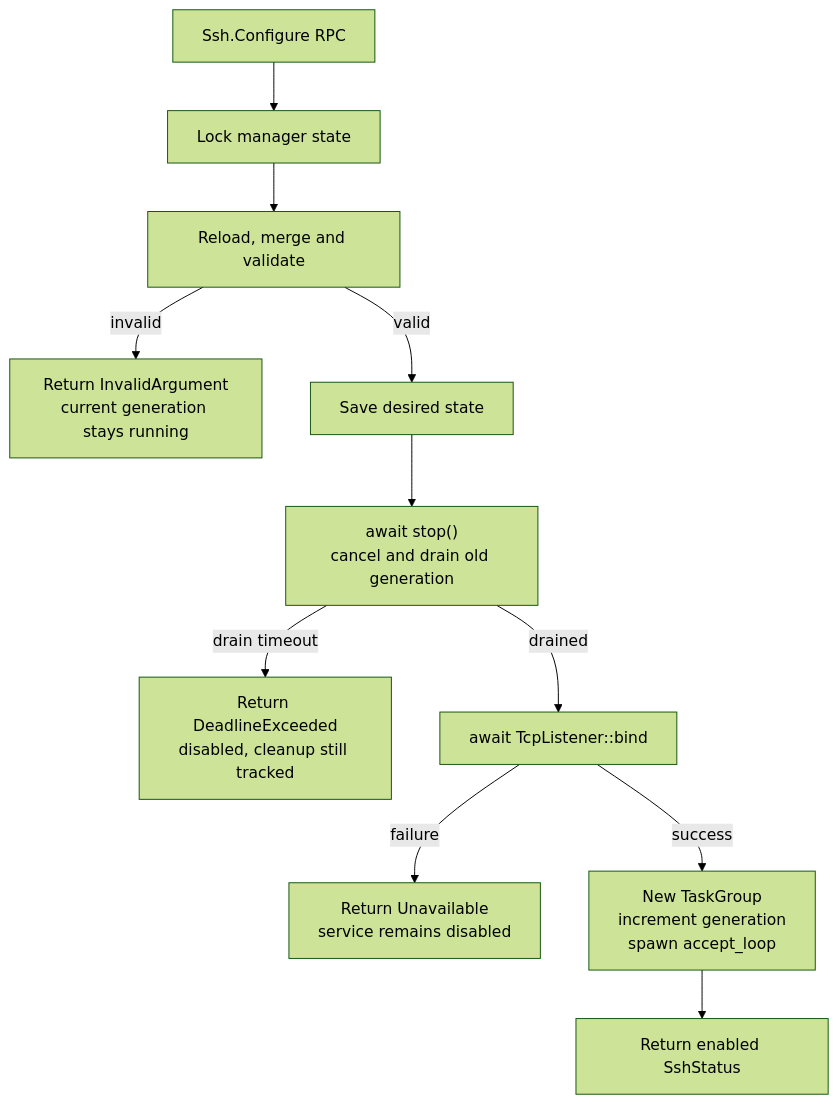
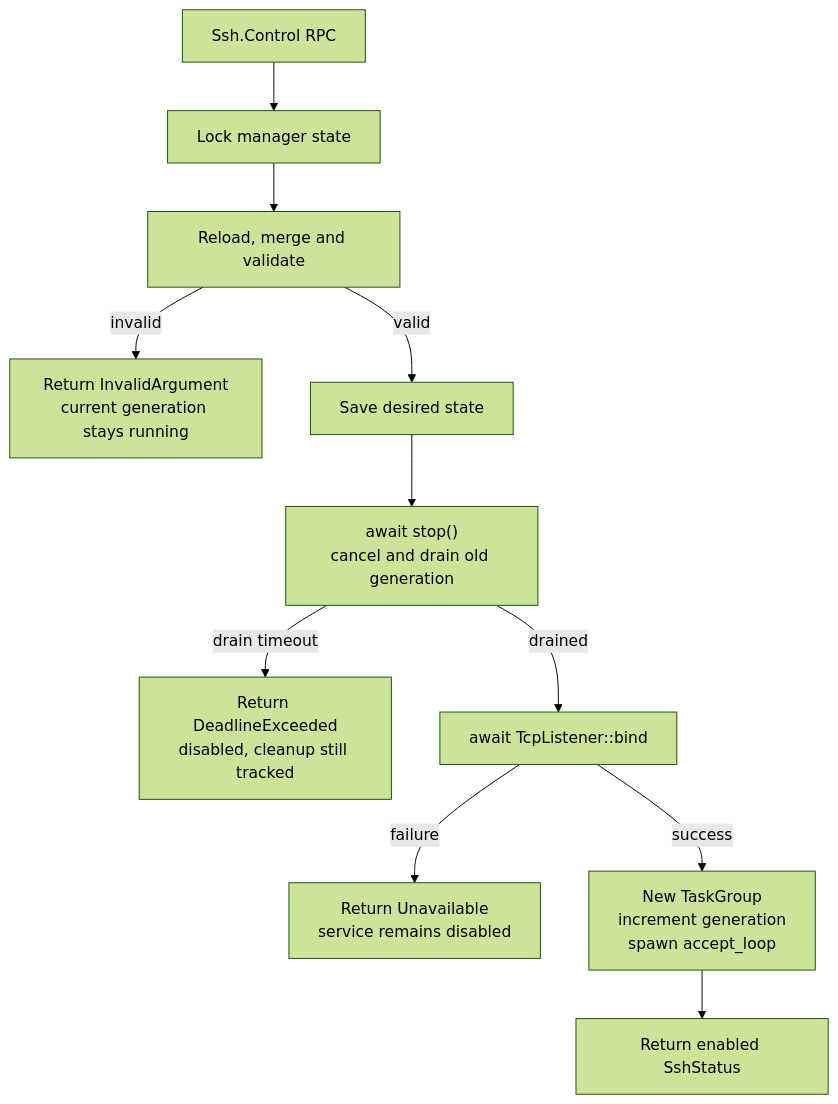
Before and after one commit to boxlite-ai/boxlite: the first of 6 diagrams in src/guest/src/service/ssh/lifecycles.md, drawn with Mermaid (forest theme). The commit also changed other lines of this file and 10 other files, not shown here.

Commit message:
refactor(ssh): unify internal requests under Control RPC

````diff
--- a/src/guest/src/service/ssh/lifecycles.md
+++ b/src/guest/src/service/ssh/lifecycles.md
@@ -32,13 +33,13 @@
 ```mermaid
 flowchart TD
-    RPC["Ssh.Configure RPC"] --> LOCK["Lock manager state"]
+    RPC["Ssh.Control RPC"] --> LOCK["Lock manager state"]
     LOCK --> PARSE["Reload, merge and validate"]
     PARSE -->|invalid| KEEP["Return InvalidArgument<br/>current generation stays running"]
     PARSE -->|valid| SAVE["Save desired state"]
     SAVE --> STOP["await stop()<br/>cancel and drain old generation"]
     STOP -->|drain timeout| TIMEOUT["Return DeadlineExceeded<br/>disabled, cleanup still tracked"]
     STOP -->|drained| BIND["await TcpListener::bind"]
     BIND -->|failure| DISABLED["Return Unavailable<br/>service remains disabled"]
     BIND -->|success| START["New TaskGroup<br/>increment generation<br/>spawn accept_loop"]
     START --> READY["Return enabled SshStatus"]
 ```
````
